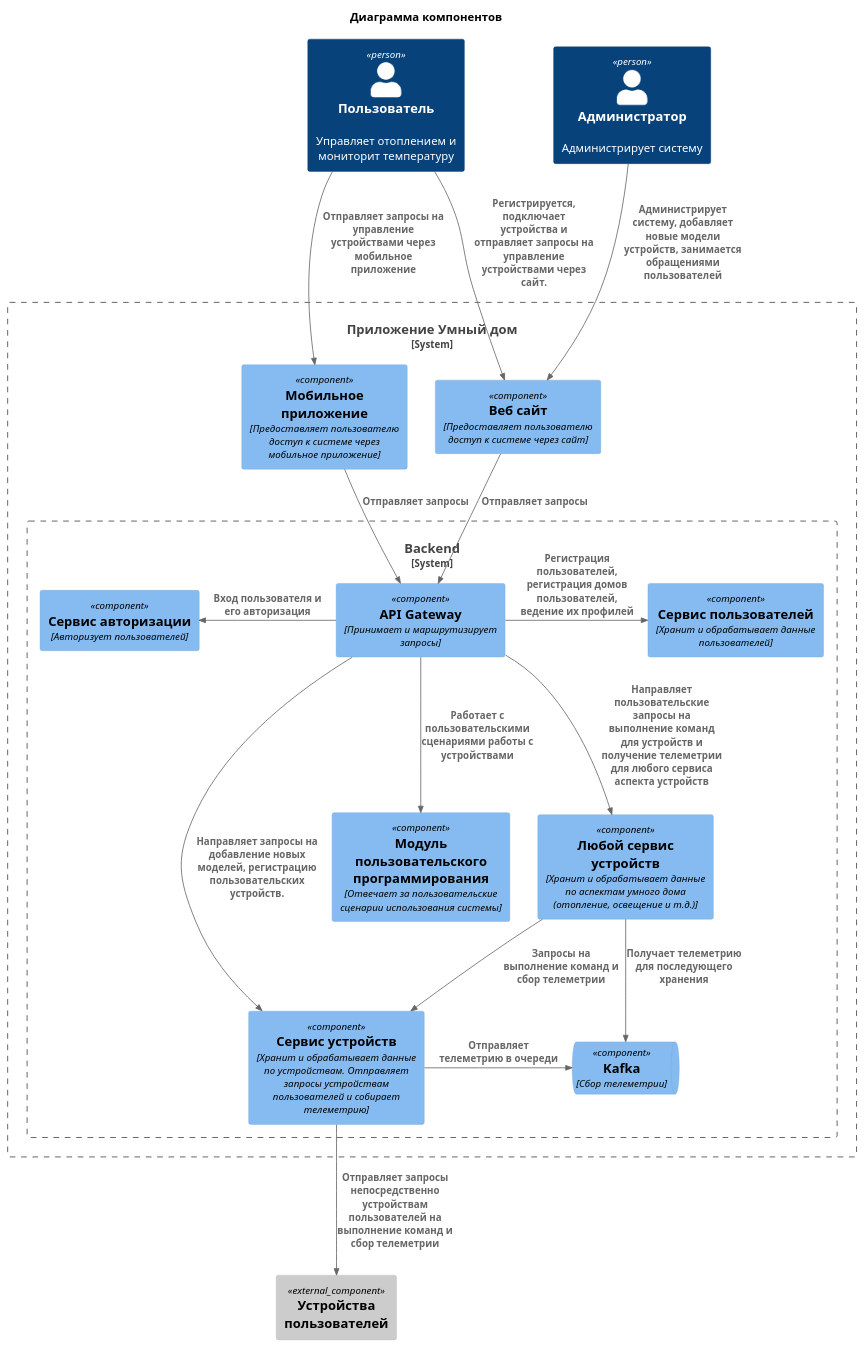
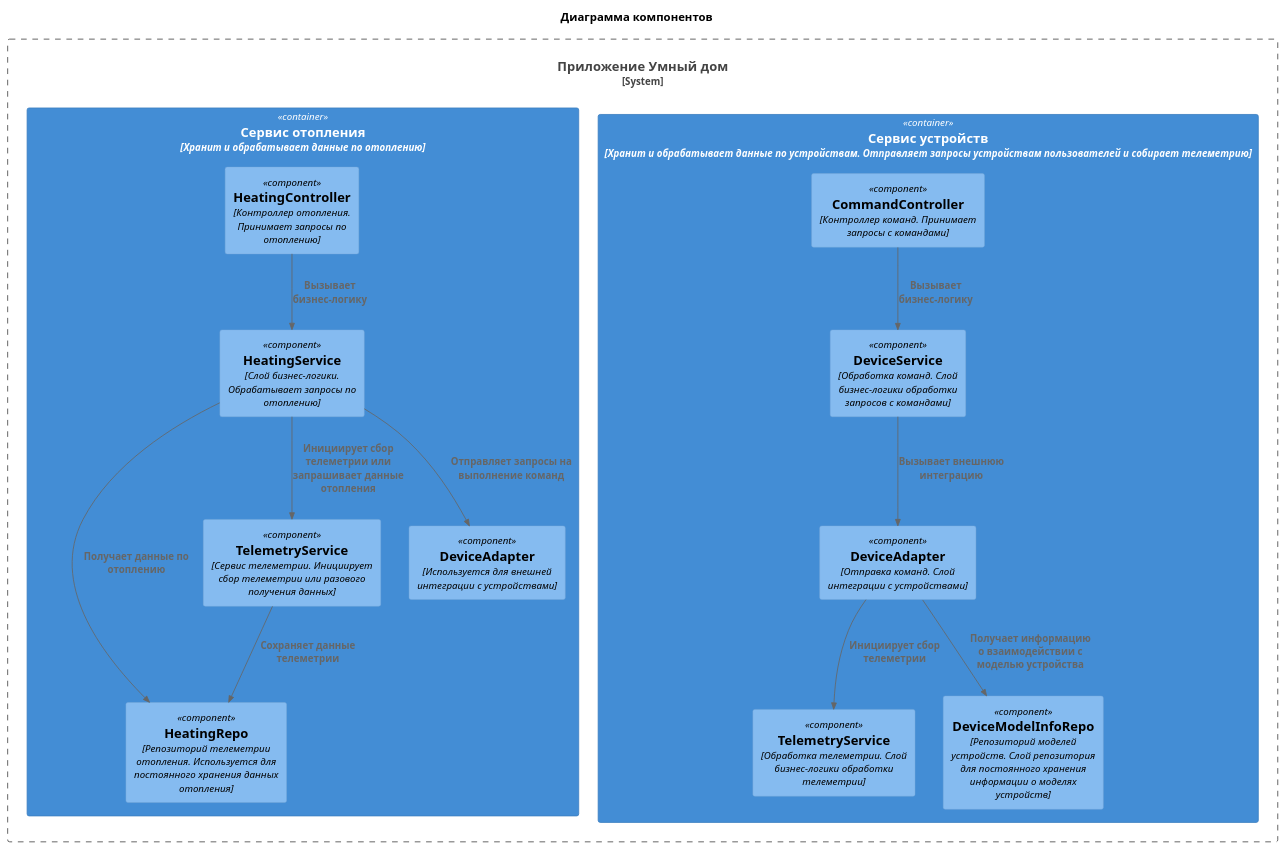
One commit to NamRuslan/yandex-practicum-warm-house changed the diagram in documentation/diagrams/tobe(task2)/components.puml. Above: the diagram before and after it, drawn with PlantUML. The commit also changed 1 other file, not shown here.

```diff
--- a/documentation/diagrams/tobe(task2)/components.puml
+++ b/documentation/diagrams/tobe(task2)/components.puml
@@ -1,40 +1,38 @@
 @startuml
 title Диаграмма компонентов
 top to bottom direction
 
+!include ../c4_templates/C4_Container.puml
 !include ../c4_templates/C4_Component.puml
 
-Person(user, "Пользователь", "Управляет отоплением и мониторит температуру")
-Person(admin, "Администратор", "Администрирует систему")
+System_Boundary(app, "Приложение Умный дом") {
+    Container(devicesService, "Сервис устройств", "Хранит и обрабатывает данные по устройствам. Отправляет запросы устройствам пользователей и собирает телеметрию") {
+        Component(commandController, "CommandController", "Контроллер команд. Принимает запросы с командами")
+        Component(deviceService, "DeviceService", "Обработка команд. Слой бизнес-логики обработки запросов с командами")
+        Component(deviceAdapter ,"DeviceAdapter", "Отправка команд. Слой интеграции с устройствами")
+        Component(telemetryService, "TelemetryService", "Обработка телеметрии. Слой бизнес-логики обработки телеметрии")
+        Component(deviceModelInfoRepo, "DeviceModelInfoRepo", "Репозиторий моделей устройств. Слой репозитория для постоянного хранения информации о моделях устройств")
 
-System_Boundary(app, "Приложение Умный дом") {
-    Component(mobileApp, "Мобильное приложение", "Предоставляет пользователю доступ к системе через мобильное приложение")
-    Component(webApp, "Веб сайт", "Предоставляет пользователю доступ к системе через сайт")
-    System_Boundary(backend, "Backend") {
-        Component(apiGw, "API Gateway", "Принимает и маршрутизирует запросы")
-        Component(auth, "Сервис авторизации", "Авторизует пользователей")
-        Component(users, "Сервис пользователей", "Хранит и обрабатывает данные пользователей")
-        Component(devicesService, "Сервис устройств", "Хранит и обрабатывает данные по устройствам. Отправляет запросы устройствам пользователей и собирает телеметрию")
-        Component(userProgramming , "Модуль пользовательского программирования", "Отвечает за пользовательские сценарии использования системы")
-        Component(anyAspectContainer , "Любой сервис устройств", "Хранит и обрабатывает данные по аспектам умного дома (отопление, освещение и т.д.)")
-        ComponentQueue(kafka, "Kafka", "Сбор телеметрии")
+        Rel(commandController, deviceService, "Вызывает бизнес-логику")
+        Rel(deviceService, deviceAdapter, "Вызывает внешнюю интеграцию")
+        Rel(deviceAdapter, telemetryService, "Инициирует сбор телеметрии")
+        Rel(deviceAdapter, deviceModelInfoRepo, "Получает информацию о взаимодействии с моделью устройства")
+    }
+
+    Container(heatingService, "Сервис отопления", "Хранит и обрабатывает данные по отоплению") {
+        Component(heatingController, "HeatingController", "Контроллер отопления. Принимает запросы по отоплению")
+        Component(heatingServiceComponent, "HeatingService", "Слой бизнес-логики. Обрабатывает запросы по отоплению")
+        Component(heatingRepo, "HeatingRepo", "Репозиторий телеметрии отопления. Используется для постоянного хранения данных отопления")
+        Component(telemetryServiceHeating, "TelemetryService", "Сервис телеметрии. Инициирует сбор телеметрии или разового получения данных")
+        Component(deviceAdapterHeating, "DeviceAdapter", "Используется для внешней интеграции с устройствами")
+
+        Rel(heatingController, heatingServiceComponent, "Вызывает бизнес-логику")
+        Rel(heatingServiceComponent, heatingRepo, "Получает данные по отоплению")
+        Rel(heatingServiceComponent, telemetryServiceHeating, "Инициирует сбор телеметрии или запрашивает данные отопления")
+        Rel(telemetryServiceHeating, heatingRepo, "Сохраняет данные телеметрии")
+        Rel(heatingServiceComponent, deviceAdapterHeating, "Отправляет запросы на выполнение команд")
     }
 }
 
-Component_Ext(userDevices, "Устройства пользователей")
 
-Rel(user, mobileApp, "Отправляет запросы на управление устройствами через мобильное приложение")
-Rel(user, webApp, "Регистрируется, подключает устройства и отправляет запросы на управление устройствами через сайт.")
-Rel(admin, webApp, "Администрирует систему, добавляет новые модели устройств, занимается обращениями пользователей")
-Rel(mobileApp, apiGw, "Отправляет запросы")
-Rel(webApp, apiGw, "Отправляет запросы")
-Rel_L(apiGw, auth, "Вход пользователя и его авторизация")
-Rel_R(apiGw, users, "Регистрация пользователей, регистрация домов пользователей, ведение их профилей")
-Rel(apiGw, anyAspectContainer, "Направляет пользовательские запросы на выполнение команд для устройств и получение телеметрии для любого сервиса аспекта устройств")
-Rel(apiGw, userProgramming, "Работает с пользовательскими сценариями работы с устройствами")
-Rel_R(apiGw, devicesService, "Направляет запросы на добавление новых моделей, регистрацию пользовательских устройств.")
-Rel(anyAspectContainer, devicesService, "Запросы на выполнение команд и сбор телеметрии")
-Rel(devicesService, userDevices, "Отправляет запросы непосредственно устройствам пользователей на выполнение команд и сбор телеметрии")
-Rel_R(devicesService, kafka, "Отправляет телеметрию в очереди")
-Rel(anyAspectContainer, kafka, "Получает телеметрию для последующего хранения")
 @enduml
```
